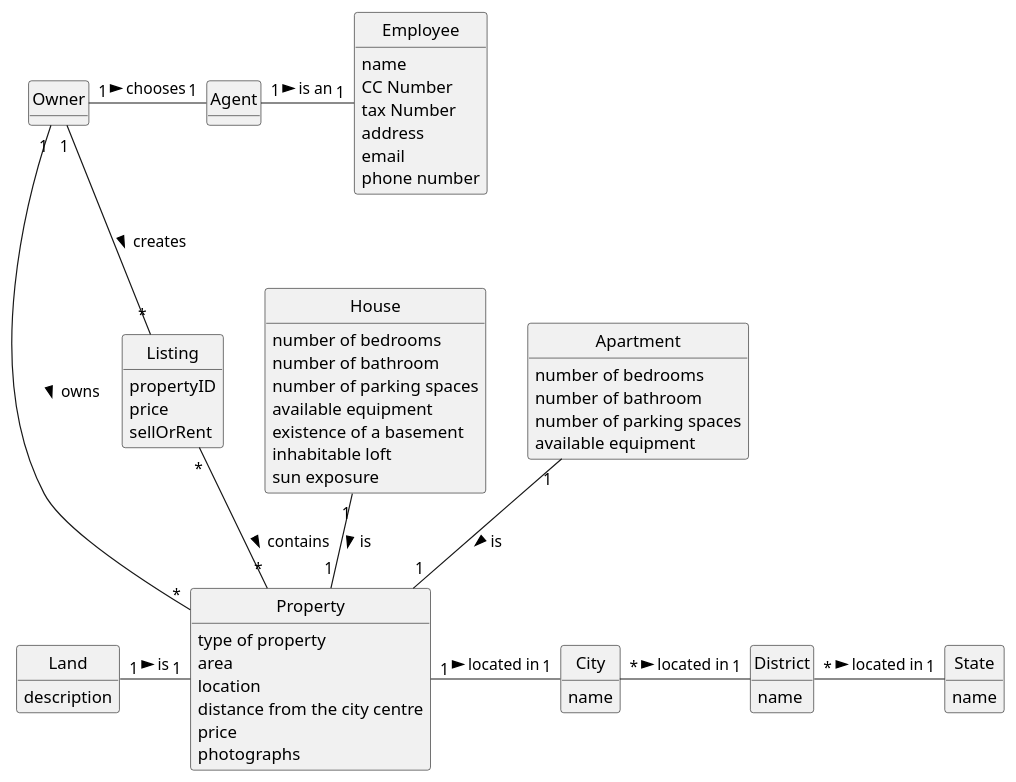
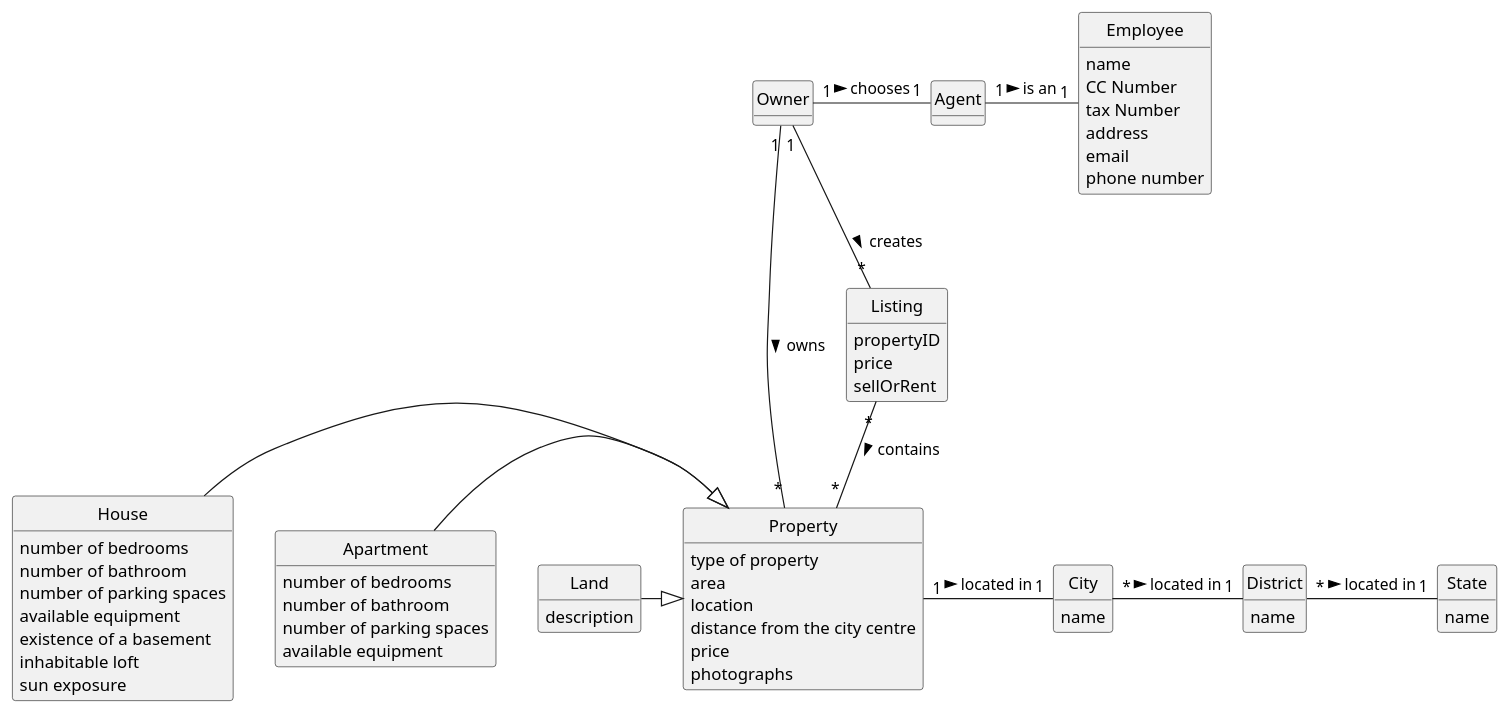
The diagram in docs/sprintB/US004/02.analysis/puml/US004-Domain-Model.puml (tiagohcorreia/LAPR2), drawn with PlantUML before and after one commit.

Commit message:
US04- DM update

```diff
--- a/docs/sprintB/US004/02.analysis/puml/US004-Domain-Model.puml
+++ b/docs/sprintB/US004/02.analysis/puml/US004-Domain-Model.puml
@@ -1,95 +1,95 @@
 @startuml
 skinparam monochrome true
 skinparam packageStyle rectangle
 skinparam shadowing false
 
 'left to right direction
 
 skinparam classAttributeIconSize 0
 
 hide circle
 hide methods
 
 'title Domain Model
 
 'class Platform {
 '  -description
 '}
 
 class Owner {
 }
 class Agent{
 
 }
 class Employee{
     name
     CC Number
     tax Number
     address
     email
     phone number
 }
 class Listing{
     propertyID
     price
     sellOrRent
 
 }
 class Property {
      type of property
      area
      location
      distance from the city centre
      price
      photographs
 }
 class House {
      number of bedrooms
      number of bathroom
      number of parking spaces
      available equipment
      existence of a basement
      inhabitable loft
      sun exposure
 }
 
 class Apartment {
      number of bedrooms
      number of bathroom
      number of parking spaces
      available equipment
 }
 class Land {
      description
 }
 
 class City{
     name
 }
 class District{
     name
 }
 class State{
     name
 }
 
 
 
 Listing "*" -- "*" Property: contains >
 Owner "1" -- "*" Listing: creates >
 Owner "1" -- "*" Property: owns >
-House "1" --"1" Property: is >
-Apartment"1" -- "1" Property: is >
-Land"1" - "1" Property: is >
+House -|> Property
+Apartment -|> Property
+Land -|> Property
 Property "1" - "1" City: located in >
 City "*" - "1" District: located in >
 District "*" - "1" State: located in >
 Owner "1" - "1" Agent: chooses >
 Agent "1" - "1" Employee: is an >
 
 
 
 
 
 
 @enduml
```
